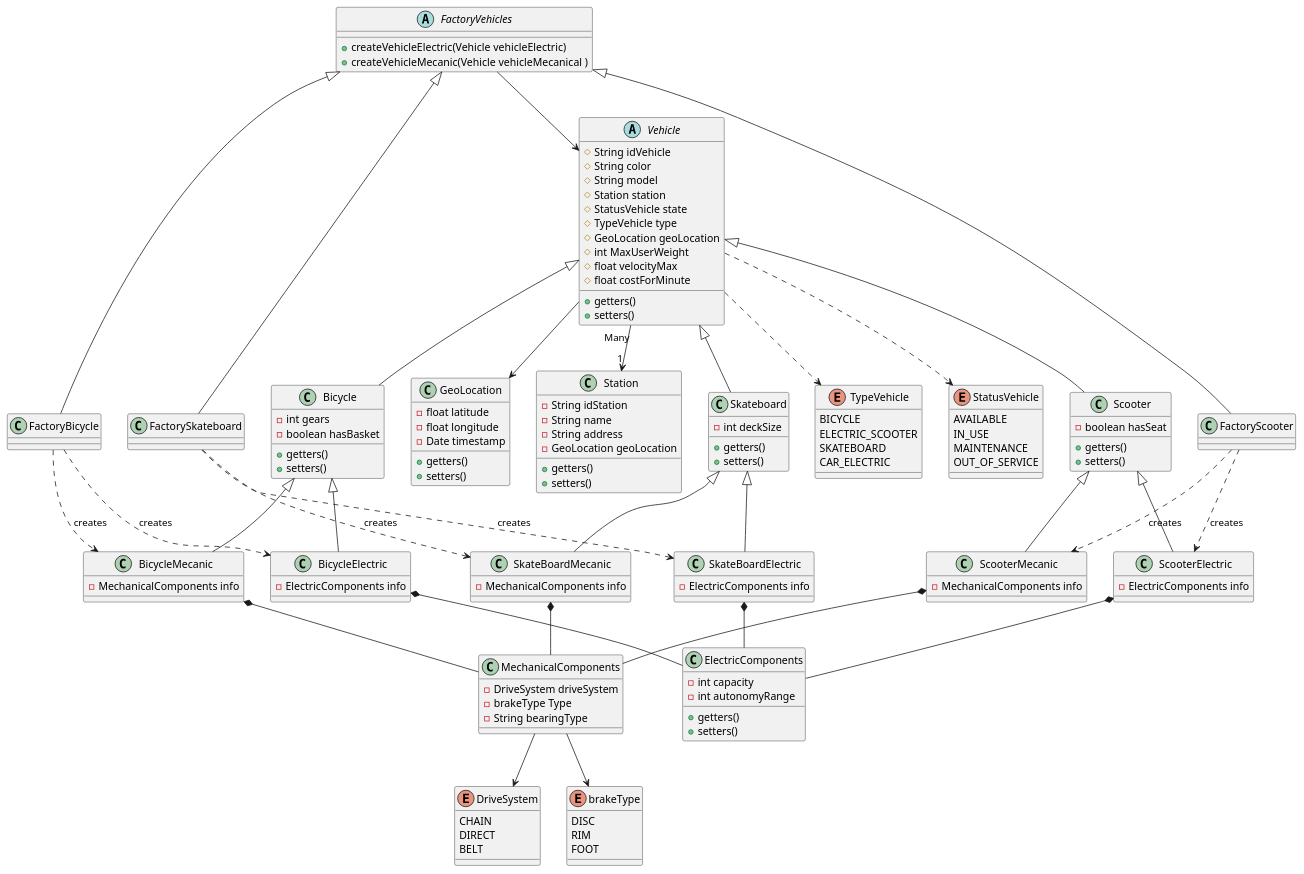
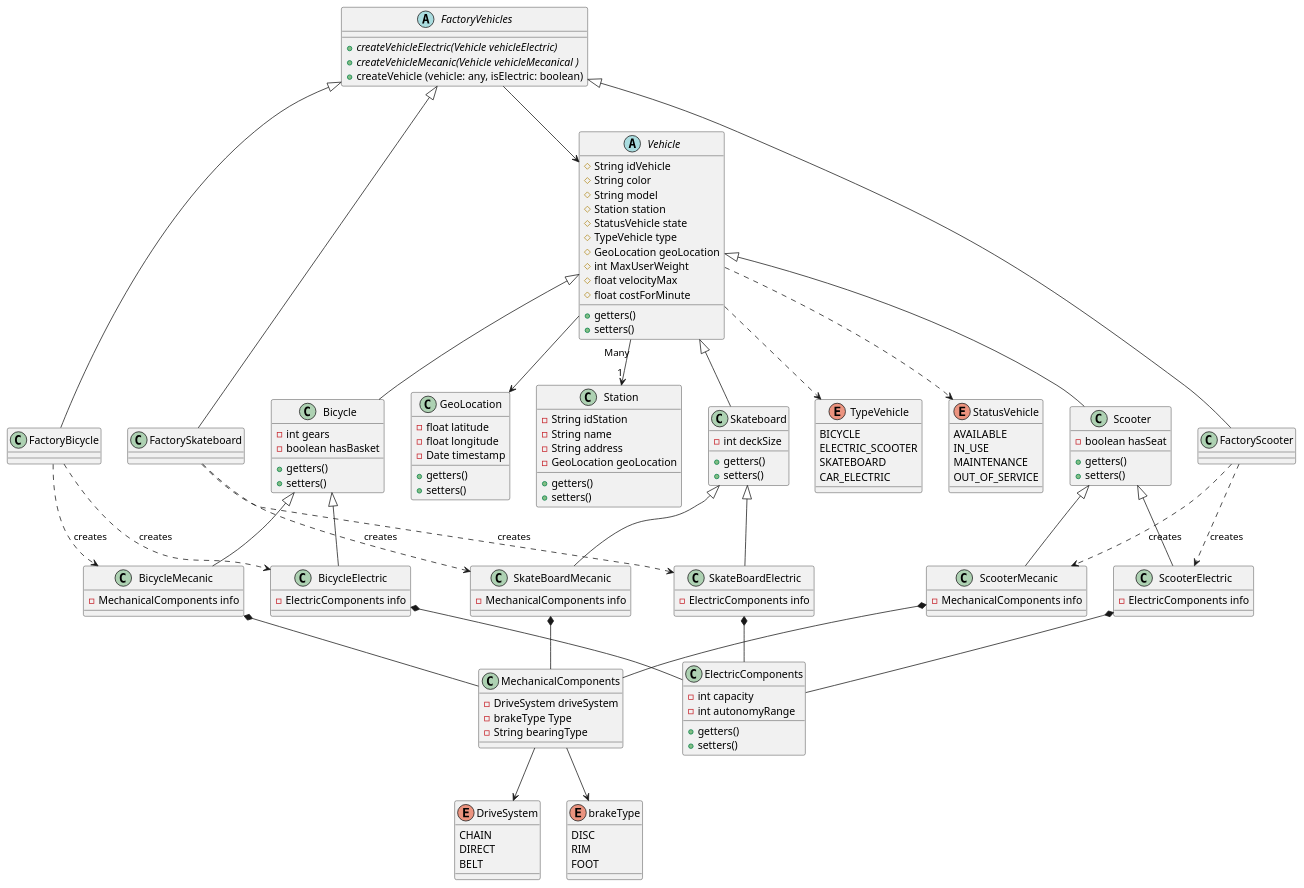
The diagram in Backend/UMls/patterns/factory/factory.wsd (david123456858/Practice-patterns), drawn with PlantUML before and after one commit. The commit also changed 11 other files, not shown here.

```diff
--- a/Backend/UMls/patterns/factory/factory.wsd
+++ b/Backend/UMls/patterns/factory/factory.wsd
@@ -1,167 +1,168 @@
 @startuml EcoMove-factory
 ' Vehicle and relations
 abstract class Vehicle{
     # String idVehicle
     # String color
     # String model
     # Station station
     # StatusVehicle state
     # TypeVehicle type
     # GeoLocation geoLocation
     # int MaxUserWeight
     # float velocityMax
     # float costForMinute
     + getters()
     + setters()
 }
 class ElectricComponents {
     - int capacity
     - int autonomyRange
     + getters()
     + setters()
 }
 
 class MechanicalComponents {
     - DriveSystem driveSystem       
     - brakeType Type         
     - String bearingType       
 }
 
 class GeoLocation{
     - float latitude
     - float longitude
     - Date timestamp
     + getters()
     + setters()
 }
 
 class Station{
     - String idStation
     - String name
     - String address      
     - GeoLocation geoLocation
     + getters()
     + setters()
 }
 
 
 ' Bicycle 
 class Bicycle extends Vehicle {
     - int gears
     - boolean hasBasket
     + getters()
     + setters()
 }
 
 class Skateboard extends Vehicle {
     - int deckSize 
     + getters()
     + setters()
 }
 
 class Scooter extends Vehicle {
     - boolean hasSeat
     + getters()
     + setters()
 }
 
 ' Vehiculos electricos especificos
 class BicycleElectric extends Bicycle{
     - ElectricComponents info
 }
 
 class ScooterElectric extends Scooter {
      - ElectricComponents info
 }
 
 class SkateBoardElectric extends Skateboard {
     - ElectricComponents info
 }
 
 ' Vehiculos mecanicos especificos
 class BicycleMecanic extends Bicycle{
     - MechanicalComponents info
 }
 
 class ScooterMecanic extends Scooter {
      - MechanicalComponents info
 }
 
 class SkateBoardMecanic extends Skateboard {
     - MechanicalComponents info
 }
 
 
 enum TypeVehicle{
     BICYCLE 
     ELECTRIC_SCOOTER 
     SKATEBOARD 
     CAR_ELECTRIC
 }
 enum StatusVehicle {
     AVAILABLE
     IN_USE
     MAINTENANCE
     OUT_OF_SERVICE
 }
 enum DriveSystem{
     CHAIN
     DIRECT
     BELT
 }
 
 enum brakeType {
     DISC
     RIM 
     FOOT
 }
 
 
 abstract class FactoryVehicles {
-    + createVehicleElectric(Vehicle vehicleElectric)
-    + createVehicleMecanic(Vehicle vehicleMecanical )
+    + {abstract} createVehicleElectric(Vehicle vehicleElectric)
+    + {abstract} createVehicleMecanic(Vehicle vehicleMecanical )
+    + createVehicle (vehicle: any, isElectric: boolean)   
 }
 
 class FactoryScooter extends FactoryVehicles{
 
 }
 
 class FactoryBicycle extends FactoryVehicles {
 
 }
 
 class FactorySkateboard extends FactoryVehicles {
 
 }
 
 
 FactoryVehicles --> Vehicle
 
 Vehicle "Many" --> "1" Station 
 Vehicle ..> StatusVehicle
 Vehicle ..> TypeVehicle
 Vehicle --> GeoLocation
 
 
 MechanicalComponents --> DriveSystem
 MechanicalComponents --> brakeType
 
 ScooterElectric *-- ElectricComponents
 BicycleElectric *-- ElectricComponents
 SkateBoardElectric *-- ElectricComponents 
 
 
 ScooterMecanic *-- MechanicalComponents
 BicycleMecanic *-- MechanicalComponents
 SkateBoardMecanic *-- MechanicalComponents
 
 FactoryBicycle ..> BicycleMecanic : creates
 FactoryBicycle ..> BicycleElectric : creates
 
 FactoryScooter ..> ScooterMecanic : creates
 FactoryScooter ..> ScooterElectric : creates
 
 FactorySkateboard ..> SkateBoardMecanic : creates
 FactorySkateboard ..> SkateBoardElectric : creates
 
 @enduml
```
